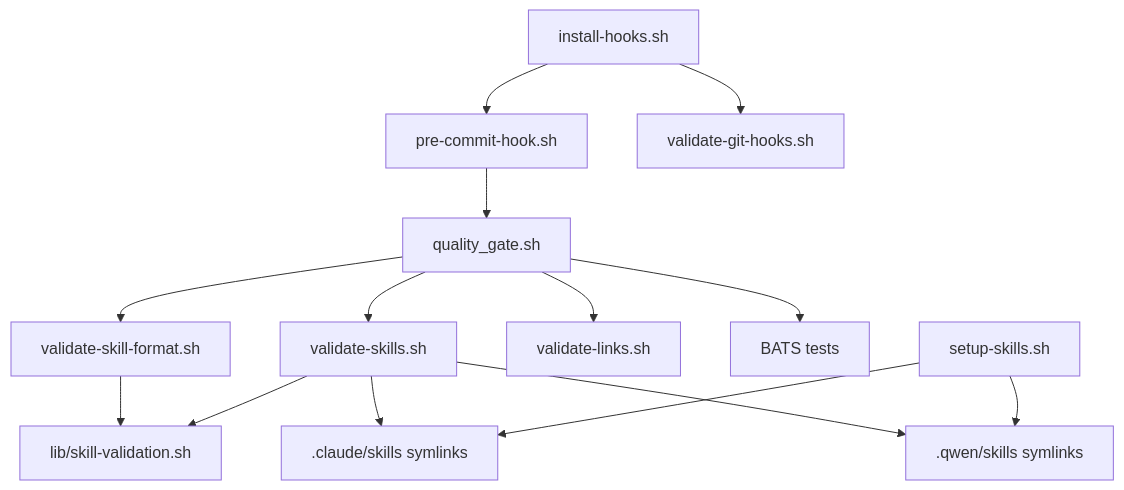
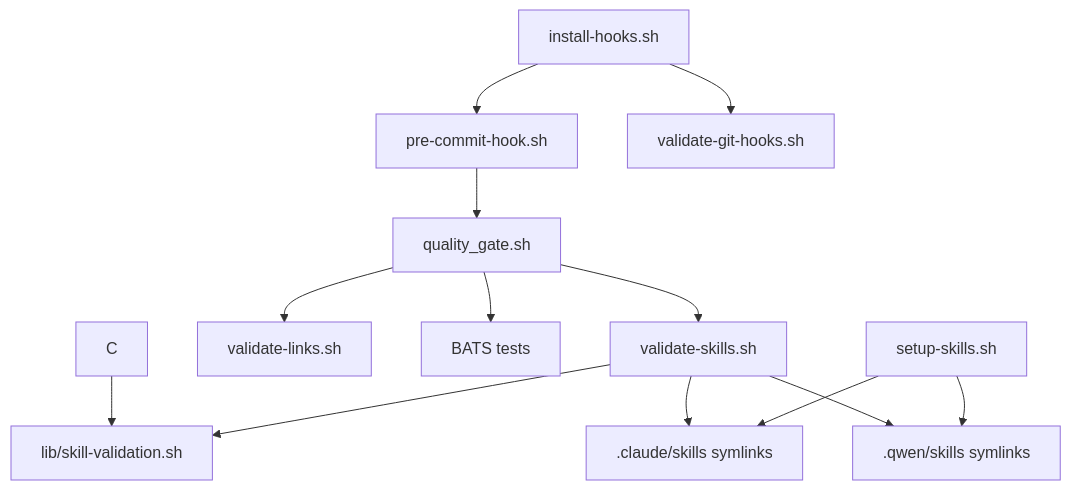
One commit to d-o-hub/github-template-ai-agents changed the diagram in agents-docs/SCRIPTS.md. Above: the diagram before and after it, drawn with Mermaid. The commit also changed other lines of this file and 56 other files, not shown here.

````diff
--- a/agents-docs/SCRIPTS.md
+++ b/agents-docs/SCRIPTS.md
@@ -82,16 +82,16 @@
 ```mermaid
 graph TD
     A[quality_gate.sh] --> B[validate-skills.sh]
-    A --> C[validate-skill-format.sh]
+
     A --> D[validate-links.sh]
     A --> E[BATS tests]
     B --> F[lib/skill-validation.sh]
     C --> F
     G[install-hooks.sh] --> H[pre-commit-hook.sh]
     G --> I[validate-git-hooks.sh]
     H --> A
     J[setup-skills.sh] --> K[.claude/skills symlinks]
     J --> M[.qwen/skills symlinks]
     B --> K
     B --> M
 ```
````
